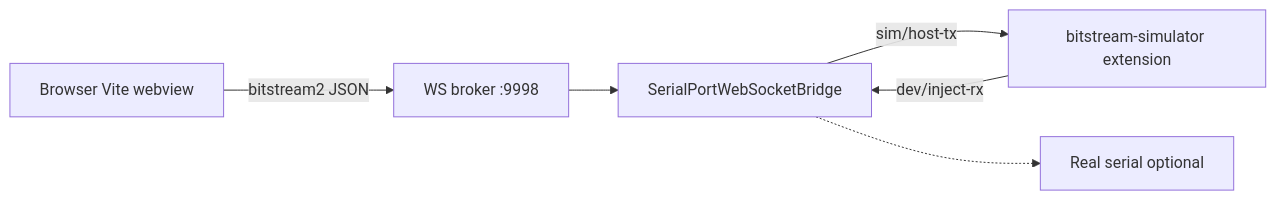
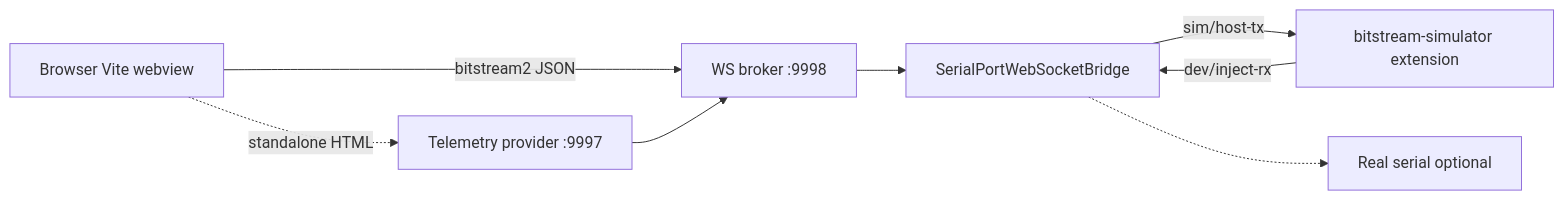
One commit to drsanti/Bitstream-Studio changed the second of 2 diagrams in extension/HOW_TO_RUN.md. Above: the diagram before and after it, drawn with Mermaid. The commit also changed other lines of this file and 138 other files, not shown here.

First line of the commit message:
Add Bitstream Telemetry Provider and Course HTML page blocks.

````diff
--- a/extension/HOW_TO_RUN.md
+++ b/extension/HOW_TO_RUN.md
@@ -62,14 +62,17 @@
 ```mermaid
 flowchart LR
   Browser["Browser Vite webview"]
   Broker["WS broker :9998"]
   Bridge["SerialPortWebSocketBridge"]
   ExtSim["bitstream-simulator extension"]
   UART["Real serial optional"]
 
   Browser -->|bitstream2 JSON| Broker
+  Provider["Telemetry provider :9997"]
+  Browser -.->|standalone HTML| Provider
+  Provider --> Broker
   Broker --> Bridge
   Bridge -->|sim/host-tx| ExtSim
   ExtSim -->|dev/inject-rx| Bridge
   Bridge -.-> UART
 ```
````
